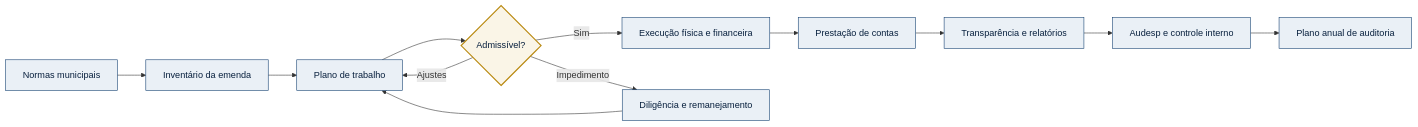
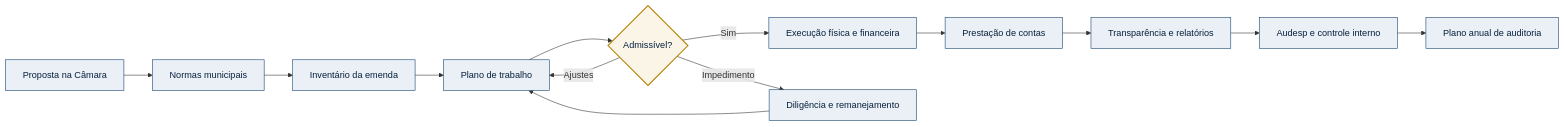
The first of 3 diagrams in docs/roadmap-modulos.md (matssz/trilhagov), drawn with Mermaid before and after one commit. The commit also changed other lines of this file and 33 other files, not shown here.

````diff
--- a/docs/roadmap-modulos.md
+++ b/docs/roadmap-modulos.md
@@ -12,19 +12,20 @@
 ```mermaid
 flowchart LR
-    A[Normas municipais] --> B[Inventário da emenda]
+    L[Proposta na Câmara] --> A[Normas municipais]
+    A --> B[Inventário da emenda]
     B --> C[Plano de trabalho]
     C --> D{Admissível?}
     D -->|Sim| E[Execução física e financeira]
     D -->|Ajustes| C
     D -->|Impedimento| F[Diligência e remanejamento]
     F --> C
     E --> G[Prestação de contas]
     G --> H[Transparência e relatórios]
     H --> I[Audesp e controle interno]
     I --> J[Plano anual de auditoria]
 
     classDef base fill:#eaf0f6,stroke:#123f70,color:#071f3d,stroke-width:1px;
     classDef decision fill:#faf5e7,stroke:#b98910,color:#071f3d,stroke-width:2px;
-    class A,B,C,E,F,G,H,I,J base;
+    class L,A,B,C,E,F,G,H,I,J base;
     class D decision;
 ```
````
